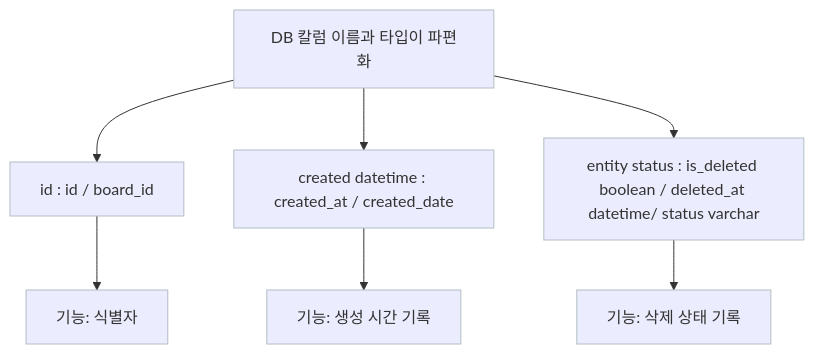
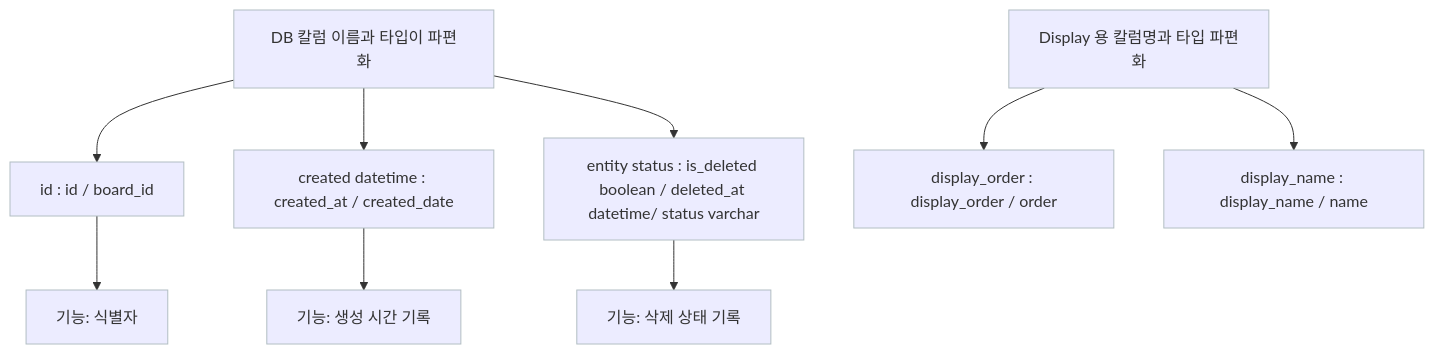
One commit to shp7408/career-wbs changed the first of 5 diagrams in WBS-shp7408-01.md. Above: the diagram before and after it, drawn with Mermaid. The commit also changed other lines of this file, not shown here.

````diff
--- a/WBS-shp7408-01.md
+++ b/WBS-shp7408-01.md
@@ -32,14 +37,17 @@
 ```mermaid
 flowchart TD
     A[DB 칼럼 이름과 타입이 파편화] --> B[id : id / board_id]
     A --> C[created datetime : created_at / created_date]
     A --> D[entity status : is_deleted boolean / deleted_at datetime/ status varchar]
 
     B --> E[기능: 식별자]
     C --> F[기능: 생성 시간 기록]
     D --> G[기능: 삭제 상태 기록]
 
+    H[Display 용 칼럼명과 타입 파편화] --> I[display_order : display_order / order]
+    H --> J[display_name : display_name / name]
+
 
     classDef default fill:#,stroke:#b2bec3,stroke-width:1px;
-    class A,B,C,D,E,F,G default;
+    class A,B,C,D,E,F,G,H,I,J default;
 ```
````
